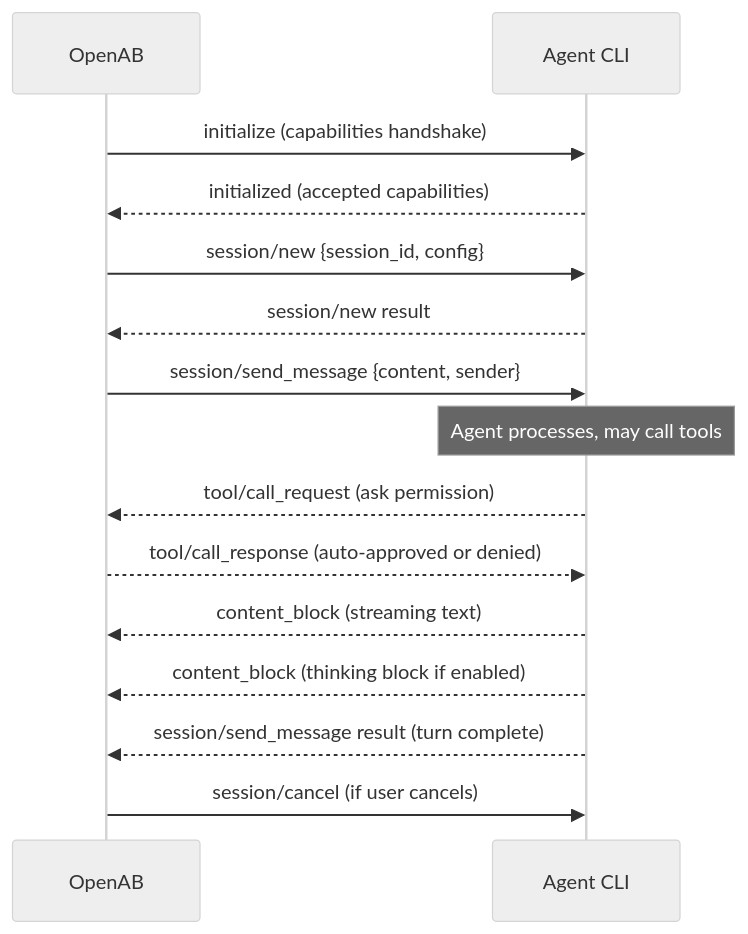
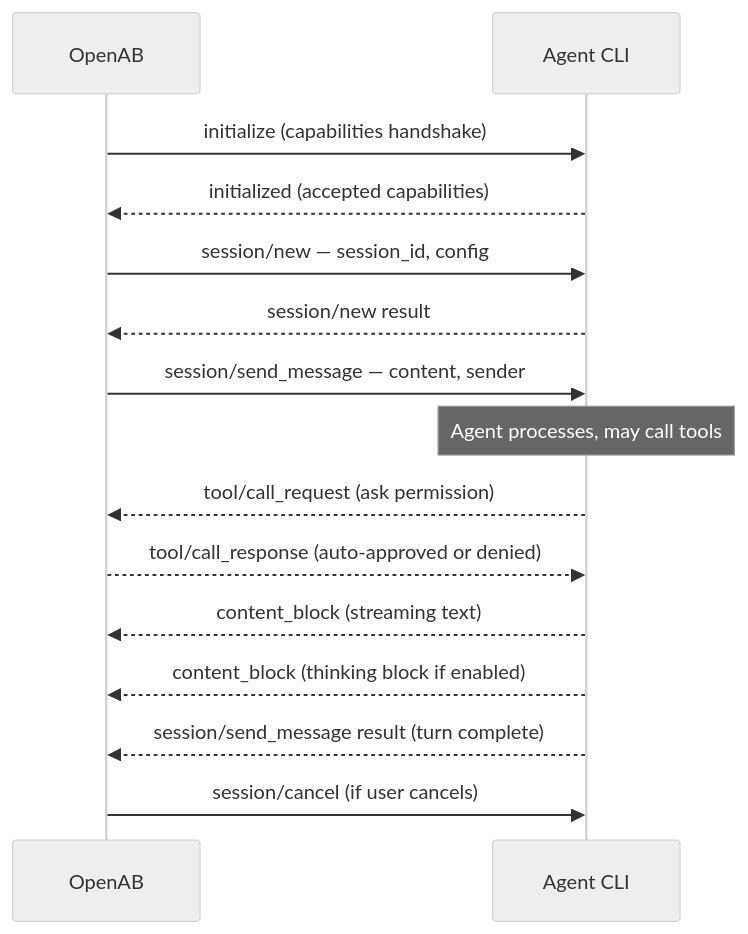
The diagram in 01-core-concepts/acp.md (shaun-agent/openab-map), drawn with Mermaid (neutral theme) before and after one commit. The commit also changed 6 other files, not shown here.

First line of the commit message:
fix(diagrams): fix mermaid rendering issues across all files

````diff
--- a/01-core-concepts/acp.md
+++ b/01-core-concepts/acp.md
@@ -22,21 +22,21 @@
 ```mermaid
 sequenceDiagram
     participant OAB as OpenAB
     participant A as Agent CLI
 
     OAB->>A: initialize (capabilities handshake)
     A-->>OAB: initialized (accepted capabilities)
 
-    OAB->>A: session/new {session_id, config}
+    OAB->>A: session/new — session_id, config
     A-->>OAB: session/new result
 
-    OAB->>A: session/send_message {content, sender}
+    OAB->>A: session/send_message — content, sender
     Note over A: Agent processes, may call tools
     A-->>OAB: tool/call_request (ask permission)
     OAB-->>A: tool/call_response (auto-approved or denied)
     A-->>OAB: content_block (streaming text)
     A-->>OAB: content_block (thinking block if enabled)
     A-->>OAB: session/send_message result (turn complete)
 
     OAB->>A: session/cancel (if user cancels)
 ```
````
